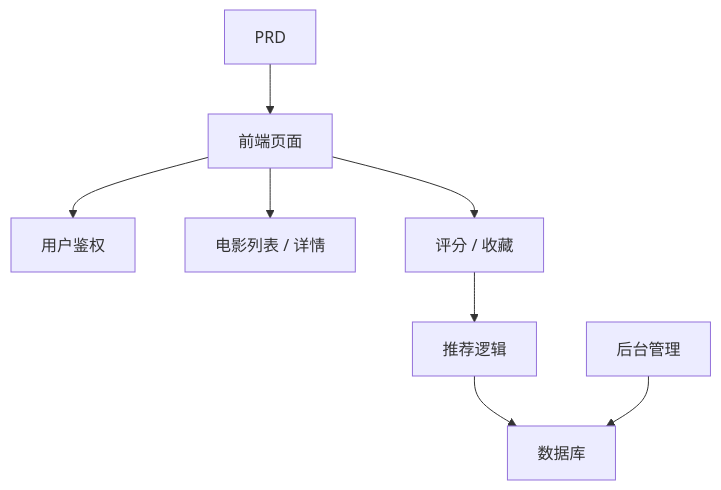
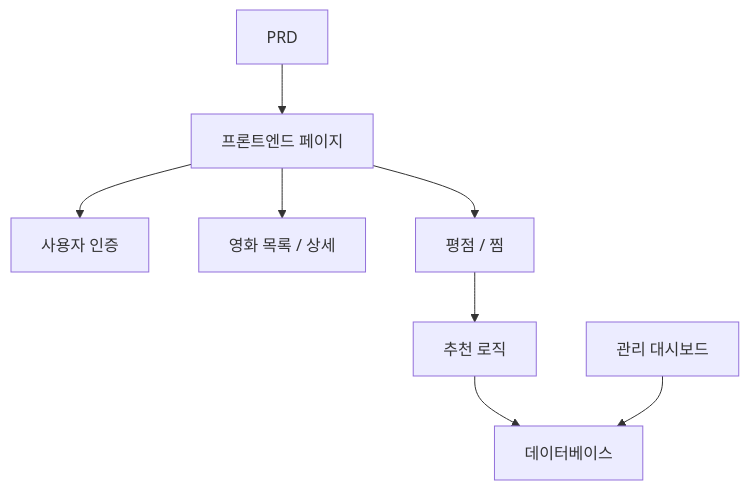
One commit to sketchymonk/easy-vibe changed the diagram in docs/ko-kr/stage-2/assignments/movie-recommendation-springboot/index.md. Above: the diagram before and after it, drawn with Mermaid. The commit also changed other lines of this file and 59 other files, not shown here.

````diff
--- a/docs/ko-kr/stage-2/assignments/movie-recommendation-springboot/index.md
+++ b/docs/ko-kr/stage-2/assignments/movie-recommendation-springboot/index.md
@@ -71,10 +71,10 @@
 ```mermaid
 flowchart TD
-  prd["PRD"] --> web["前端页面"]
-  web --> auth["用户鉴权"]
-  web --> movie["电影列表 / 详情"]
-  web --> behavior["评分 / 收藏"]
-  behavior --> reco["推荐逻辑"]
-  reco --> db["数据库"]
-  admin["后台管理"] --> db
+  prd["PRD"] --> web["프론트엔드 페이지"]
+  web --> auth["사용자 인증"]
+  web --> movie["영화 목록 / 상세"]
+  web --> behavior["평점 / 찜"]
+  behavior --> reco["추천 로직"]
+  reco --> db["데이터베이스"]
+  admin["관리 대시보드"] --> db
 ```
````
